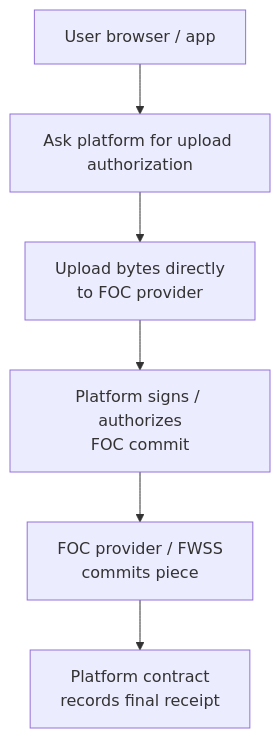
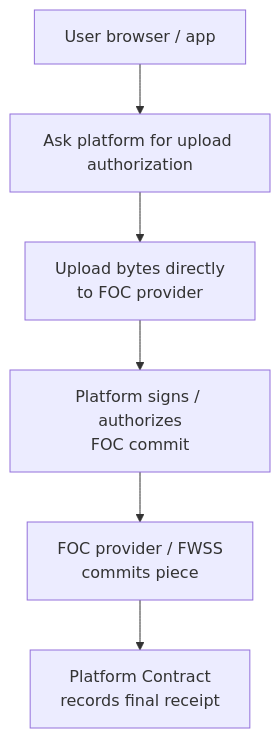
Before and after one commit to FIL-Builders/foc-platform: diagram 15 of 20 in spec.md, drawn with Mermaid. The commit also changed other lines of this file, not shown here.

Commit message:
Polish platform stack specification

````diff
--- a/spec.md
+++ b/spec.md
@@ -1140,15 +1153,15 @@
 ```mermaid
 flowchart TD
   user["User browser / app"]
   auth["Ask platform for upload authorization"]
   direct["Upload bytes directly<br/>to FOC provider"]
   sign["Platform signs / authorizes<br/>FOC commit"]
   commit["FOC provider / FWSS<br/>commits piece"]
-  receipt["Platform contract<br/>records final receipt"]
+  receipt["Platform Contract<br/>records final receipt"]
 
   user --> auth
   auth --> direct
   direct --> sign
   sign --> commit
   commit --> receipt
 ```
````
